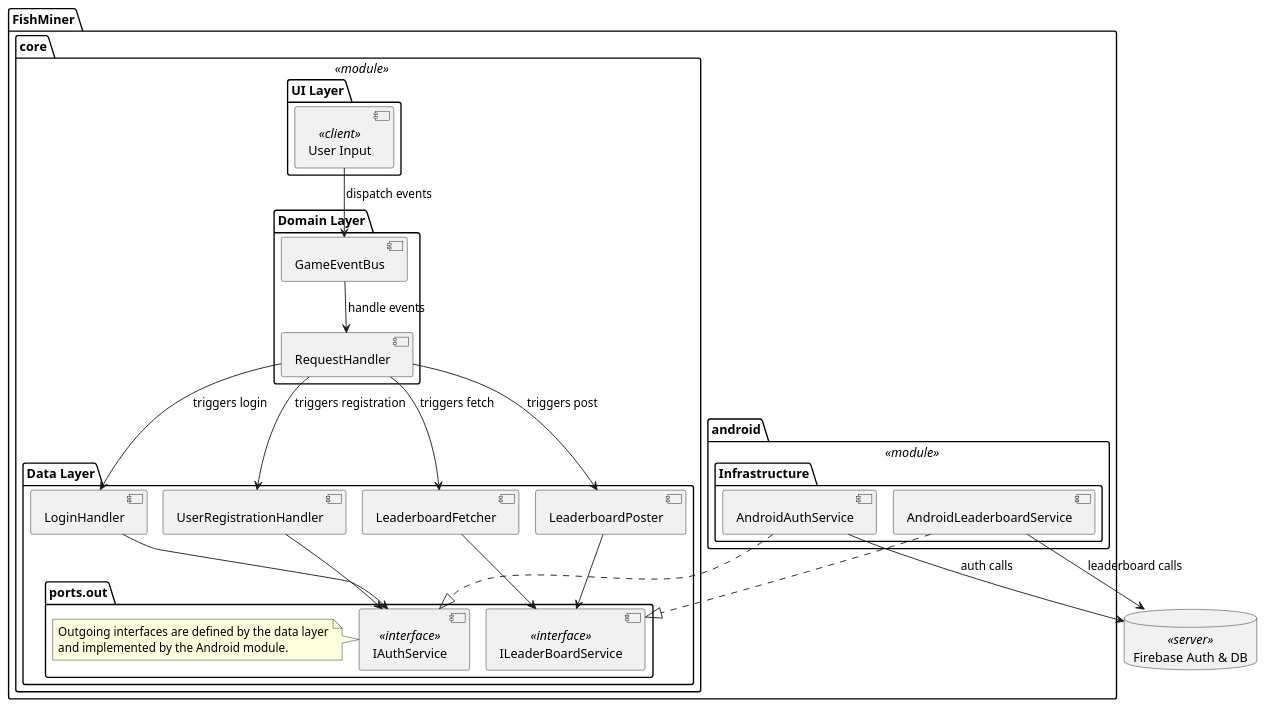
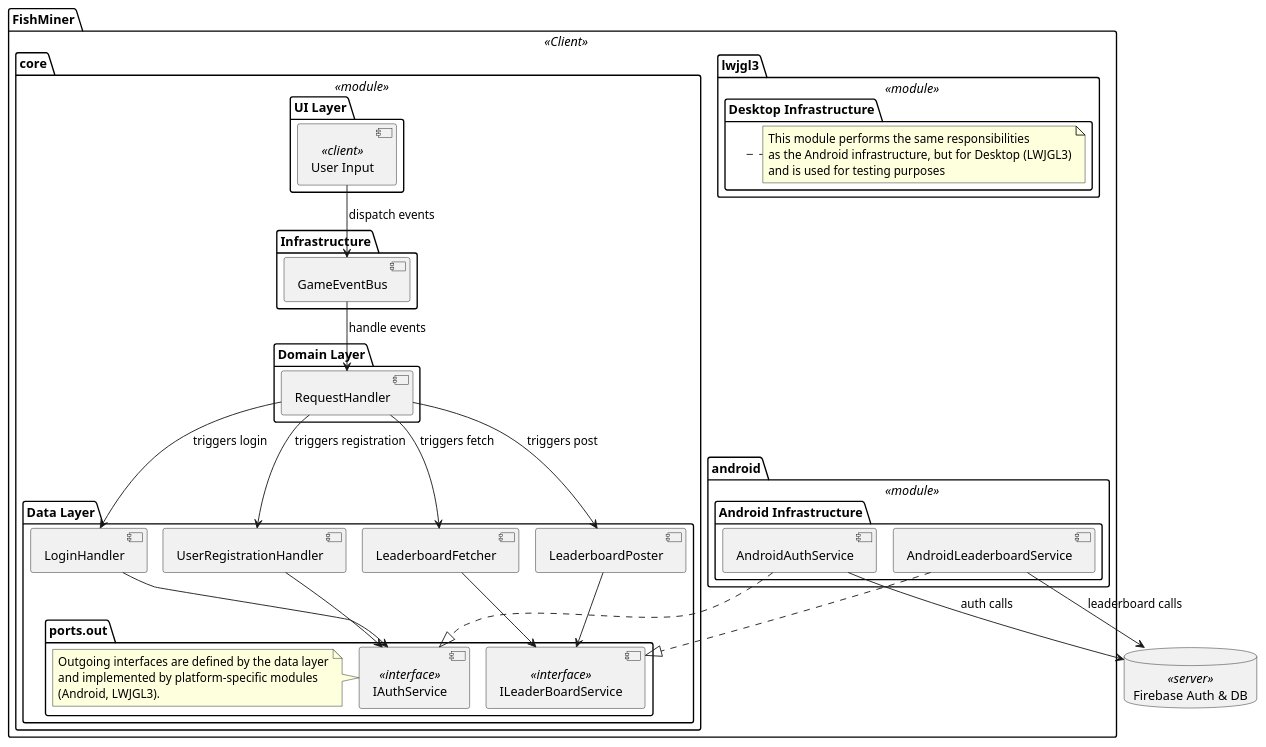
One commit to emillub/FishMiner changed the diagram in architectureDiagrams/puml/C&CView/ClientServerImplementationView.puml. Above: the diagram before and after it, drawn with PlantUML. The commit also changed 17 other files, not shown here.

Commit message:
docs: add puml diagrams for current structure

```diff
--- a/architectureDiagrams/puml/C&CView/ClientServerImplementationView.puml
+++ b/architectureDiagrams/puml/C&CView/ClientServerImplementationView.puml
@@ -1,63 +1,79 @@
 @startuml LayeredClientServer CCView
 !pragma layout smetana
 skinparam packagePadding 20
 
-package "FishMiner" {
+package "FishMiner" <<Client>> {
+
+  ' LWJGL3 module retained for documentation, but without connectors
+  package "lwjgl3" <<module>> {
+      package "Desktop Infrastructure" {
+      note right of "Desktop Infrastructure"
+        This module performs the same responsibilities
+        as the Android infrastructure, but for Desktop (LWJGL3)
+        and is used for testing purposes
+      end note
+      }
+  }
+
   package "android" <<module>> {
-    package "Infrastructure" {
+    package "Android Infrastructure" {
       [AndroidAuthService]
       [AndroidLeaderboardService]
     }
   }
 
   package "core" <<module>> {
     package "UI Layer" {
       [User Input] <<client>>
     }
 
+    package "Infrastructure" {
+      [GameEventBus]
+    }
+
     package "Domain Layer" {
-      [GameEventBus]
       [RequestHandler]
     }
 
     package "Data Layer" {
       [LoginHandler]
       [UserRegistrationHandler]
       [LeaderboardFetcher]
       [LeaderboardPoster]
 
-     package "ports.out" {
-             [IAuthService] <<interface>>
-             [ILeaderBoardService] <<interface>>
-             note left of IAuthService
-               Outgoing interfaces are defined by the data layer
-               and implemented by the Android module.
-             end note
-           }
+      package "ports.out" {
+        [IAuthService] <<interface>>
+        [ILeaderBoardService] <<interface>>
+        note left of IAuthService
+          Outgoing interfaces are defined by the data layer
+          and implemented by platform-specific modules
+          (Android, LWJGL3).
+        end note
+      }
     }
   }
 }
 
 ' Use database symbol for Firebase
 database Firebase as "Firebase Auth & DB" <<server>>
 
 ' Connectors
 [User Input] --> [GameEventBus] : dispatch events
 [GameEventBus] --> [RequestHandler] : handle events
 [RequestHandler] --> [LoginHandler] : triggers login
 [RequestHandler] --> [UserRegistrationHandler] : triggers registration
 [RequestHandler] --> [LeaderboardFetcher] : triggers fetch
 [RequestHandler] --> [LeaderboardPoster] : triggers post
 
 [LoginHandler] --> IAuthService
 [UserRegistrationHandler] --> IAuthService
 [LeaderboardFetcher] --> ILeaderBoardService
 [LeaderboardPoster] --> ILeaderBoardService
 
 [AndroidAuthService] ..|> IAuthService
 [AndroidLeaderboardService] ..|> ILeaderBoardService
 
 [AndroidAuthService] --> Firebase : auth calls
 [AndroidLeaderboardService] --> Firebase : leaderboard calls
 
 @enduml
```
